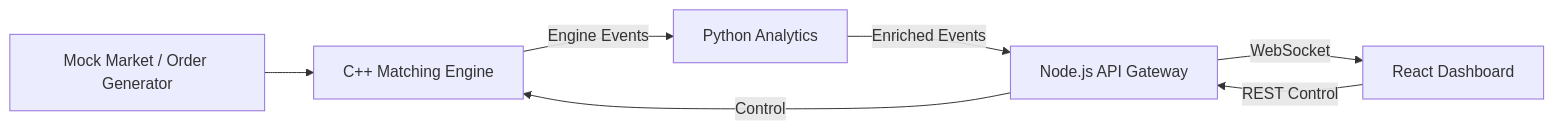
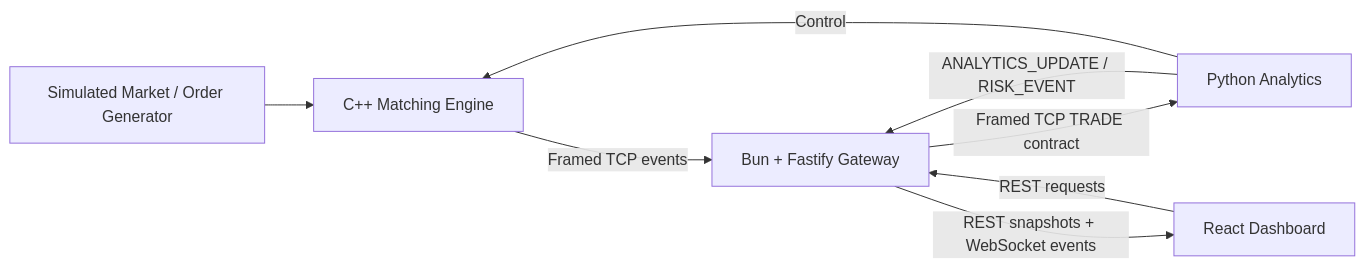
One commit to adarsh0707-kumar/Trading-Engine changed the diagram in docs/02-architecture.md. Above: the diagram before and after it, drawn with Mermaid. The commit also changed other lines of this file, not shown here.

Commit message:
docs: align architecture with implemented transport contracts

````diff
--- a/docs/02-architecture.md
+++ b/docs/02-architecture.md
@@ -7,9 +7,10 @@
 ```mermaid
 flowchart LR
-    A[Mock Market / Order Generator] --> B[C++ Matching Engine]
-    B -->|Engine Events| C[Python Analytics]
-    C -->|Enriched Events| D[Node.js API Gateway]
-    D -->|WebSocket| E[React Dashboard]
-    E -->|REST Control| D
+    A[Simulated Market / Order Generator] --> B[C++ Matching Engine]
+    B -->|Framed TCP events| C[Bun + Fastify Gateway]
+    C -->|Framed TCP TRADE contract| D[Python Analytics]
+    D -->|ANALYTICS_UPDATE / RISK_EVENT| C
+    C -->|REST snapshots + WebSocket events| E[React Dashboard]
+    E -->|REST requests| C
     D -->|Control| B
 ```
````
